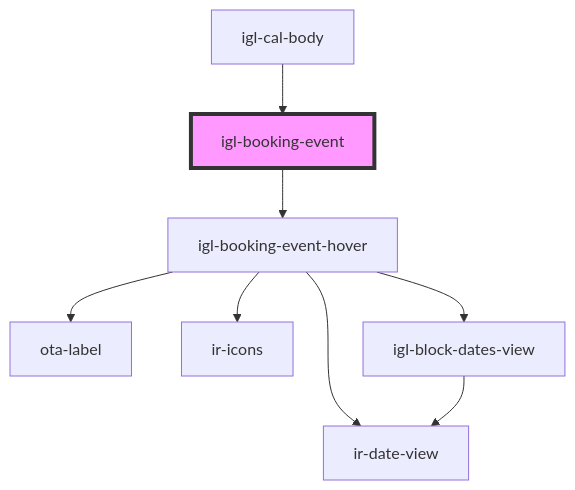
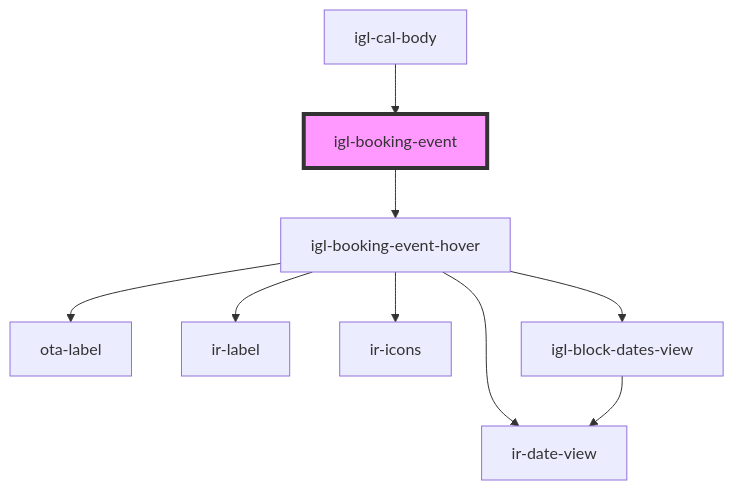
Before and after one commit to David1Chowaifaty/modified-ir-webcmp: the diagram in src/components/igloo-calendar/igl-booking-event/readme.md, drawn with Mermaid. The commit also changed 70 other files, not shown here.

````diff
--- a/src/components/igloo-calendar/igl-booking-event/readme.md
+++ b/src/components/igloo-calendar/igl-booking-event/readme.md
@@ -45,11 +45,12 @@
 ```mermaid
 graph TD;
   igl-booking-event --> igl-booking-event-hover
   igl-booking-event-hover --> ota-label
   igl-booking-event-hover --> ir-date-view
+  igl-booking-event-hover --> ir-label
   igl-booking-event-hover --> ir-icons
   igl-booking-event-hover --> igl-block-dates-view
   igl-block-dates-view --> ir-date-view
   igl-cal-body --> igl-booking-event
   style igl-booking-event fill:#f9f,stroke:#333,stroke-width:4px
 ```
````
